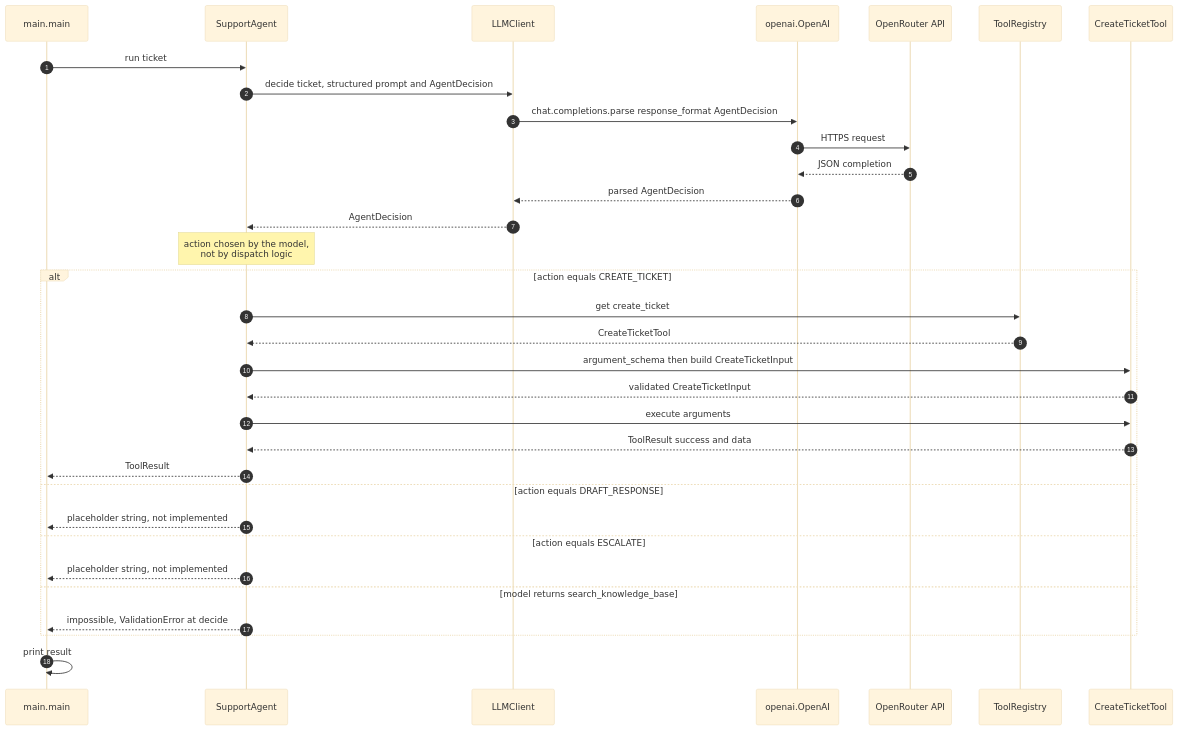
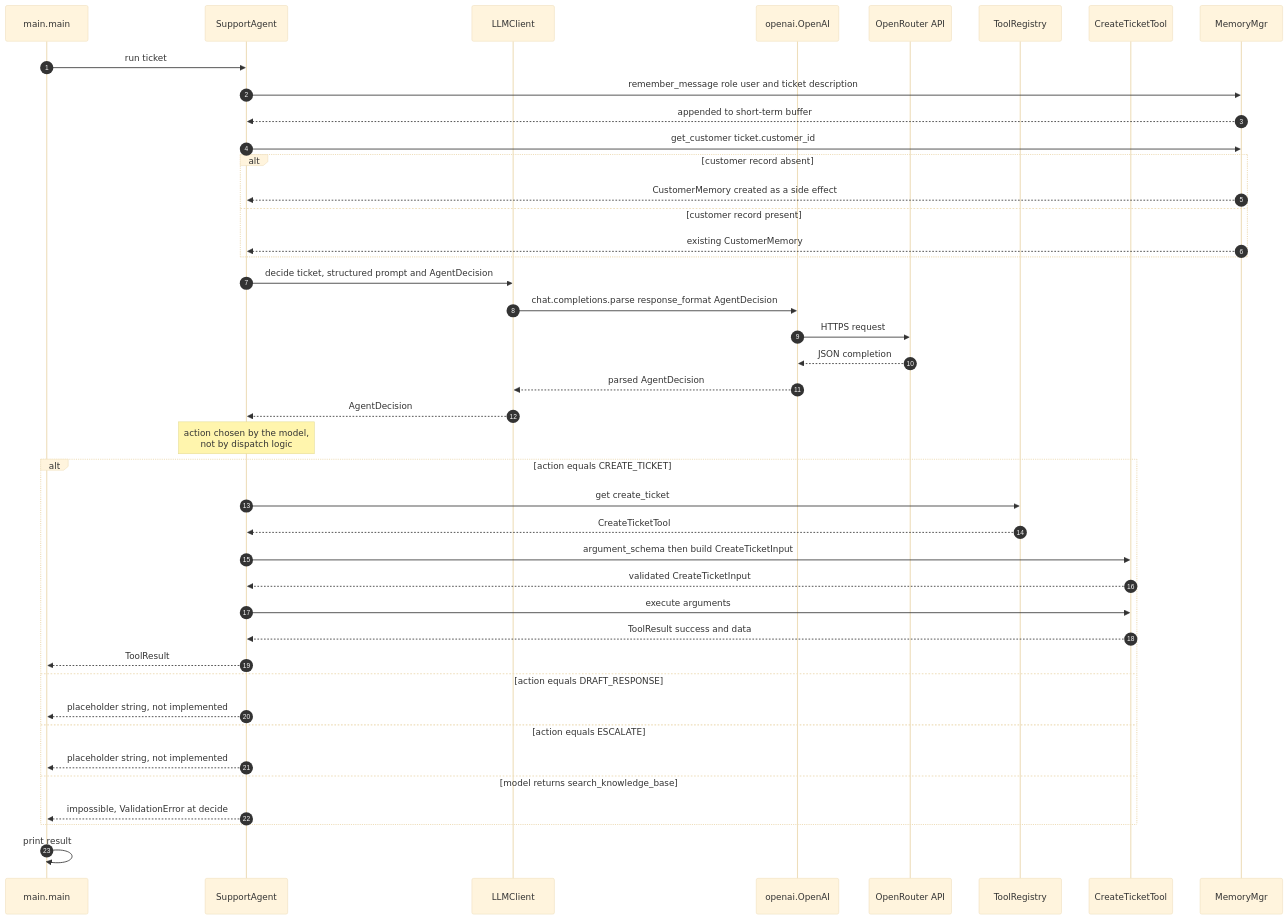
Before and after one commit to mezni/data-helpers: the second of 7 diagrams in docs/sequence-diagram.md, drawn with Mermaid (base theme). The commit also changed other lines of this file and 14 other files, not shown here.

````diff
--- a/docs/sequence-diagram.md
+++ b/docs/sequence-diagram.md
@@ -75,36 +78,44 @@
 ```mermaid
 sequenceDiagram
     autonumber
     participant Main as main.main
     participant Agent as SupportAgent
     participant LLMClient as LLMClient
     participant SDK as openai.OpenAI
     participant API as OpenRouter API
     participant Registry as ToolRegistry
     participant Tool as CreateTicketTool
 
     Main->>Agent: run ticket
+    Agent->>MemoryMgr: remember_message role user and ticket description
+    MemoryMgr-->>Agent: appended to short-term buffer
+    Agent->>MemoryMgr: get_customer ticket.customer_id
+    alt customer record absent
+        MemoryMgr-->>Agent: CustomerMemory created as a side effect
+    else customer record present
+        MemoryMgr-->>Agent: existing CustomerMemory
+    end
     Agent->>LLMClient: decide ticket, structured prompt and AgentDecision
     LLMClient->>SDK: chat.completions.parse response_format AgentDecision
     SDK->>API: HTTPS request
     API-->>SDK: JSON completion
     SDK-->>LLMClient: parsed AgentDecision
     LLMClient-->>Agent: AgentDecision
     Note over Agent: action chosen by the model,<br/>not by dispatch logic
     alt action equals CREATE_TICKET
         Agent->>Registry: get create_ticket
         Registry-->>Agent: CreateTicketTool
         Agent->>Tool: argument_schema then build CreateTicketInput
         Tool-->>Agent: validated CreateTicketInput
         Agent->>Tool: execute arguments
         Tool-->>Agent: ToolResult success and data
         Agent-->>Main: ToolResult
     else action equals DRAFT_RESPONSE
         Agent-->>Main: placeholder string, not implemented
     else action equals ESCALATE
         Agent-->>Main: placeholder string, not implemented
     else model returns search_knowledge_base
         Agent-->>Main: impossible, ValidationError at decide
     end
     Main->>Main: print result
 ```
````
